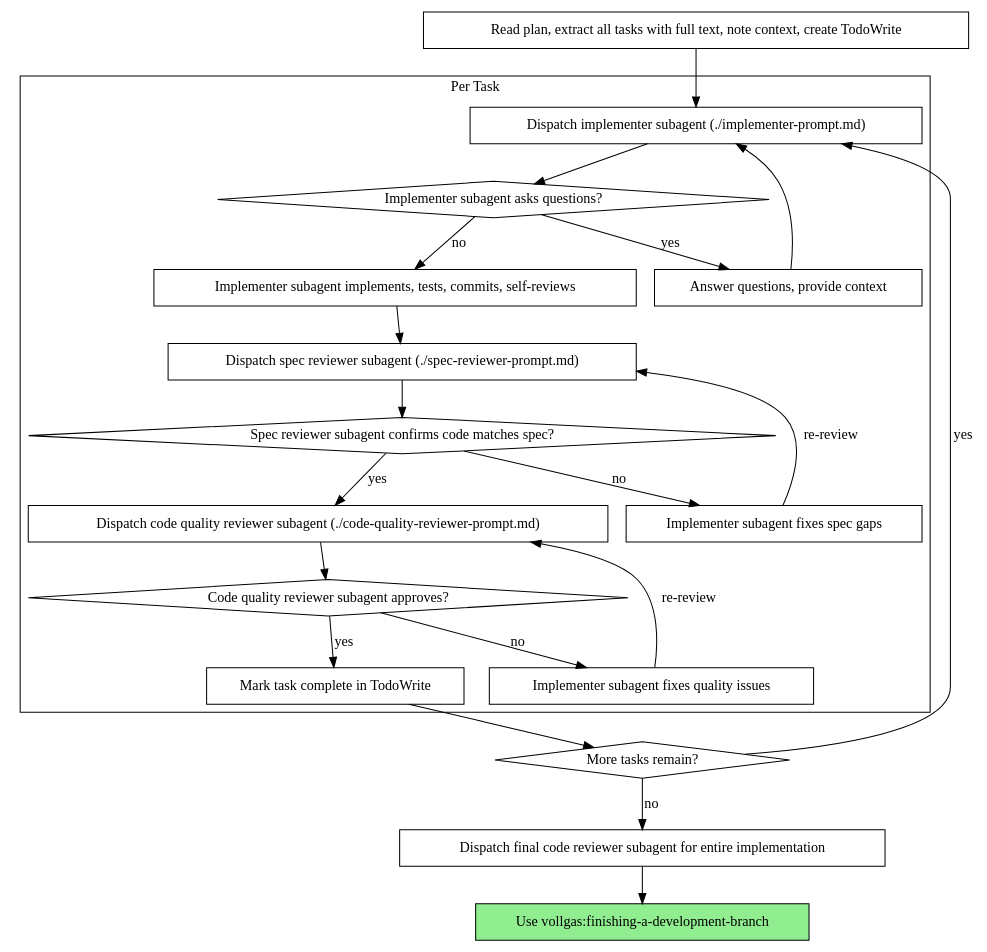
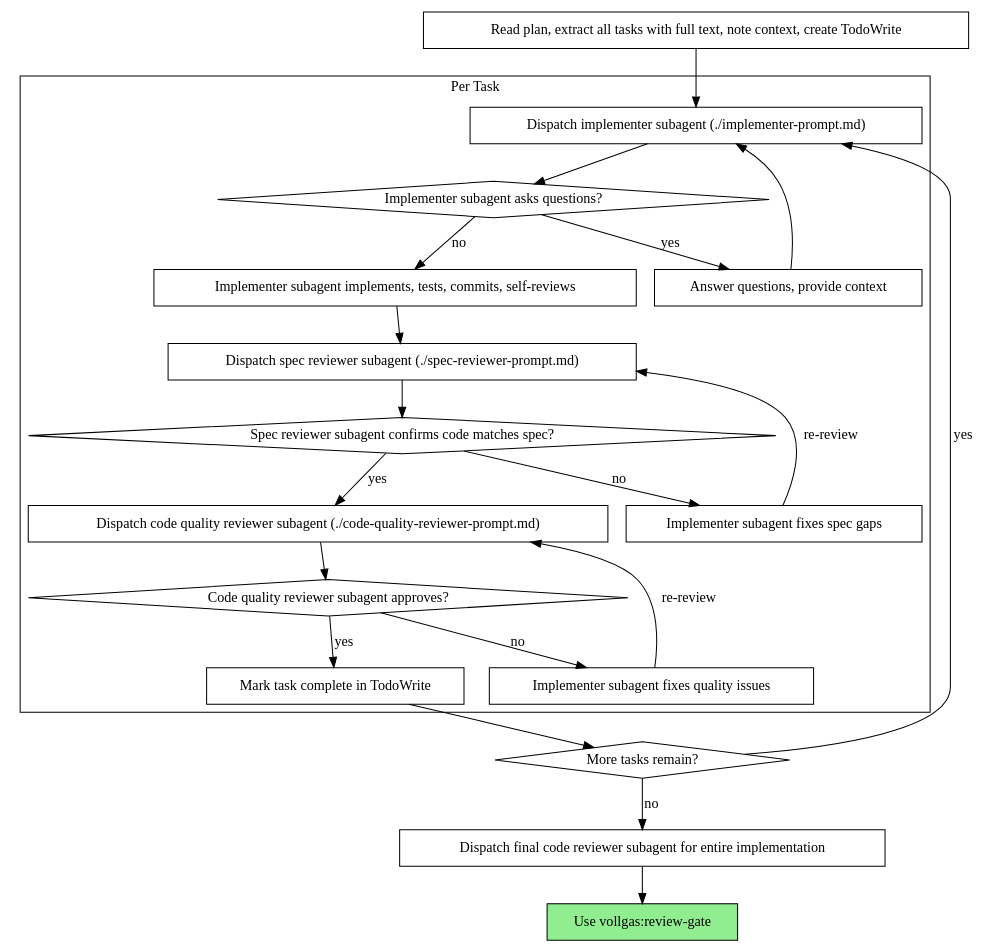
The diagram in skills/subagent-driven-development/SKILL.md (ewice/vollgas), drawn with Graphviz before and after one commit. The commit also changed other lines of this file and 6 other files, not shown here.

````diff
--- a/skills/subagent-driven-development/SKILL.md
+++ b/skills/subagent-driven-development/SKILL.md
@@ -21,44 +21,44 @@
 ```dot
 digraph process {
     rankdir=TB;
 
     subgraph cluster_per_task {
         label="Per Task";
         "Dispatch implementer subagent (./implementer-prompt.md)" [shape=box];
         "Implementer subagent asks questions?" [shape=diamond];
         "Answer questions, provide context" [shape=box];
         "Implementer subagent implements, tests, commits, self-reviews" [shape=box];
         "Dispatch spec reviewer subagent (./spec-reviewer-prompt.md)" [shape=box];
         "Spec reviewer subagent confirms code matches spec?" [shape=diamond];
         "Implementer subagent fixes spec gaps" [shape=box];
         "Dispatch code quality reviewer subagent (./code-quality-reviewer-prompt.md)" [shape=box];
         "Code quality reviewer subagent approves?" [shape=diamond];
         "Implementer subagent fixes quality issues" [shape=box];
         "Mark task complete in TodoWrite" [shape=box];
     }
 
     "Read plan, extract all tasks with full text, note context, create TodoWrite" [shape=box];
     "More tasks remain?" [shape=diamond];
     "Dispatch final code reviewer subagent for entire implementation" [shape=box];
-    "Use vollgas:finishing-a-development-branch" [shape=box style=filled fillcolor=lightgreen];
+    "Use vollgas:review-gate" [shape=box style=filled fillcolor=lightgreen];
 
     "Read plan, extract all tasks with full text, note context, create TodoWrite" -> "Dispatch implementer subagent (./implementer-prompt.md)";
     "Dispatch implementer subagent (./implementer-prompt.md)" -> "Implementer subagent asks questions?";
     "Implementer subagent asks questions?" -> "Answer questions, provide context" [label="yes"];
     "Answer questions, provide context" -> "Dispatch implementer subagent (./implementer-prompt.md)";
     "Implementer subagent asks questions?" -> "Implementer subagent implements, tests, commits, self-reviews" [label="no"];
     "Implementer subagent implements, tests, commits, self-reviews" -> "Dispatch spec reviewer subagent (./spec-reviewer-prompt.md)";
     "Dispatch spec reviewer subagent (./spec-reviewer-prompt.md)" -> "Spec reviewer subagent confirms code matches spec?";
     "Spec reviewer subagent confirms code matches spec?" -> "Implementer subagent fixes spec gaps" [label="no"];
     "Implementer subagent fixes spec gaps" -> "Dispatch spec reviewer subagent (./spec-reviewer-prompt.md)" [label="re-review"];
     "Spec reviewer subagent confirms code matches spec?" -> "Dispatch code quality reviewer subagent (./code-quality-reviewer-prompt.md)" [label="yes"];
     "Dispatch code quality reviewer subagent (./code-quality-reviewer-prompt.md)" -> "Code quality reviewer subagent approves?";
     "Code quality reviewer subagent approves?" -> "Implementer subagent fixes quality issues" [label="no"];
     "Implementer subagent fixes quality issues" -> "Dispatch code quality reviewer subagent (./code-quality-reviewer-prompt.md)" [label="re-review"];
     "Code quality reviewer subagent approves?" -> "Mark task complete in TodoWrite" [label="yes"];
     "Mark task complete in TodoWrite" -> "More tasks remain?";
     "More tasks remain?" -> "Dispatch implementer subagent (./implementer-prompt.md)" [label="yes"];
     "More tasks remain?" -> "Dispatch final code reviewer subagent for entire implementation" [label="no"];
-    "Dispatch final code reviewer subagent for entire implementation" -> "Use vollgas:finishing-a-development-branch";
+    "Dispatch final code reviewer subagent for entire implementation" -> "Use vollgas:review-gate";
 }
 ```
````
